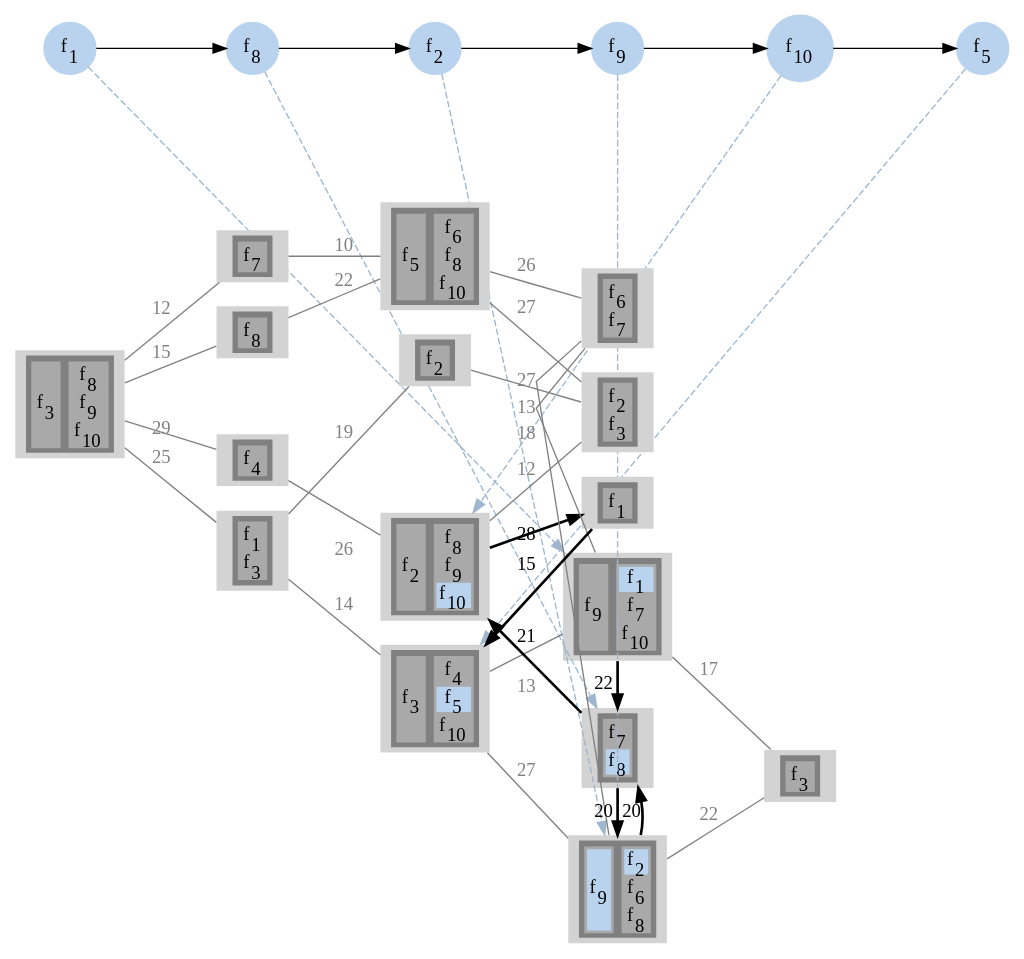
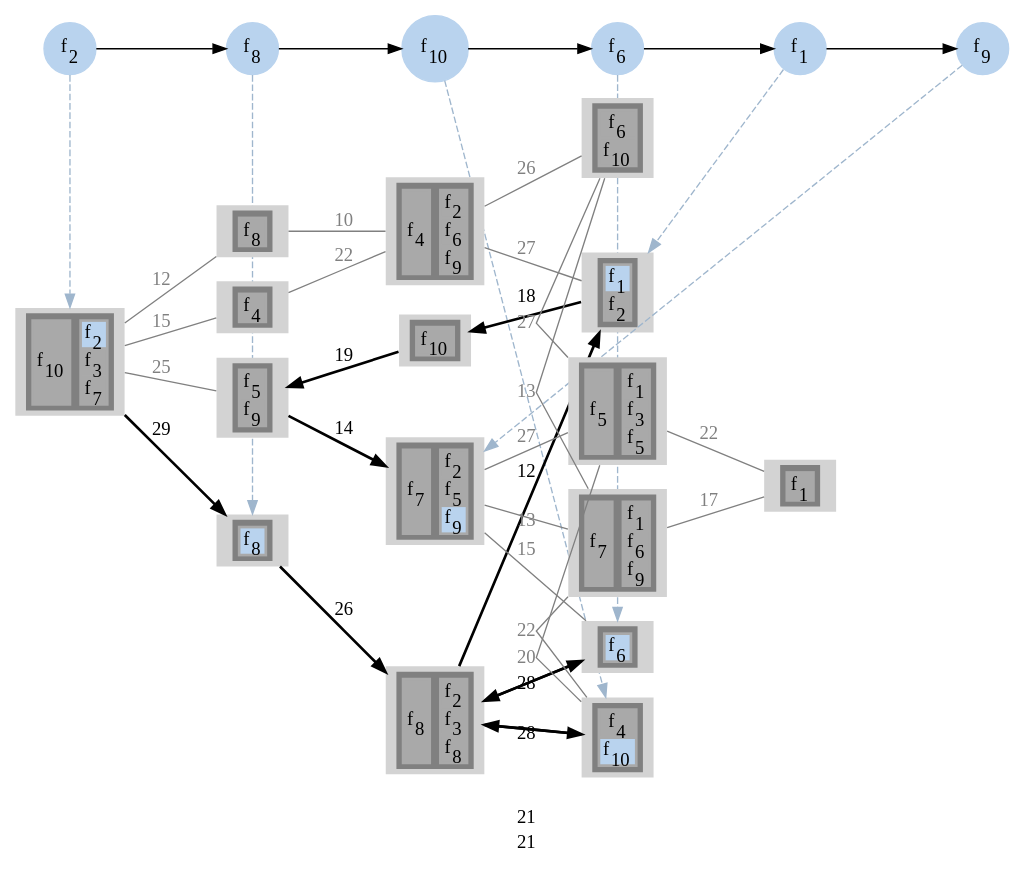
Before and after one commit to prateekshyap/SFC_Placement_in_VNF: the diagram in output/sevenReliabilityOne/gv/sfcAssgn19.gv, drawn with Graphviz. The commit also changed 27 other files, not shown here.

```diff
--- a/output/sevenReliabilityOne/gv/sfcAssgn19.gv
+++ b/output/sevenReliabilityOne/gv/sfcAssgn19.gv
@@ -5,23 +5,23 @@
 subgraph sfc
 {
 node [shape=circle]
+{rank = same; f2; };
+{rank = same; f8; };
+{rank = same; f10; };
+{rank = same; f6; };
 {rank = same; f1; };
-{rank = same; f8; };
-{rank = same; f2; };
 {rank = same; f9; };
-{rank = same; f10; };
-{rank = same; f5; };
+f2[style=filled label=<f<SUB>2</SUB>> color="slategray2"]
+f8[style=filled label=<f<SUB>8</SUB>> color="slategray2"]
+f10[style=filled label=<f<SUB>10</SUB>> color="slategray2"]
+f6[style=filled label=<f<SUB>6</SUB>> color="slategray2"]
 f1[style=filled label=<f<SUB>1</SUB>> color="slategray2"]
-f8[style=filled label=<f<SUB>8</SUB>> color="slategray2"]
-f2[style=filled label=<f<SUB>2</SUB>> color="slategray2"]
 f9[style=filled label=<f<SUB>9</SUB>> color="slategray2"]
-f10[style=filled label=<f<SUB>10</SUB>> color="slategray2"]
-f5[style=filled label=<f<SUB>5</SUB>> color="slategray2"]
-f1 -> f8
-f8 -> f2
-f2 -> f9
-f9 -> f10
-f10 -> f5
+f2 -> f8
+f8 -> f10
+f10 -> f6
+f6 -> f1
+f1 -> f9
 }
 subgraph network
 {
@@ -31,20 +31,44 @@
 {rank = same; 4; 6; 7; 9; };
 {rank = same; 5; 11; 10; 14; 12; 13; };
 {rank = same; 16; };
-12[style=filled
+1[style=filled
 label=<
 <TABLE BORDER="0" BGCOLOR="gray">
 <TR>
 <TD>
 <TABLE BORDER="0" BGCOLOR="darkgray">
-<TR><TD PORT="f33" BGCOLOR="darkgray">f<SUB>9</SUB></TD></TR>
+<TR><TD PORT="f35" BGCOLOR="darkgray">f<SUB>10</SUB></TD></TR>
 </TABLE>
 </TD>
 <TD>
 <TABLE BORDER="0" BGCOLOR="darkgray">
-<TR><TD PORT="f1" BGCOLOR="slategray2">f<SUB>1</SUB></TD></TR>
-<TR><TD PORT="f23" BGCOLOR="darkgray">f<SUB>7</SUB></TD></TR>
-<TR><TD PORT="f37" BGCOLOR="darkgray">f<SUB>10</SUB></TD></TR>
+<TR><TD PORT="f7" BGCOLOR="slategray2">f<SUB>2</SUB></TD></TR>
+<TR><TD PORT="f11" BGCOLOR="darkgray">f<SUB>3</SUB></TD></TR>
+<TR><TD PORT="f26" BGCOLOR="darkgray">f<SUB>7</SUB></TD></TR>
+</TABLE>
+</TD>
+</TR>
+</TABLE>>]
+
+3[style=filled
+label=<
+<TABLE BORDER="0" BGCOLOR="gray">
+<TR>
+<TD>
+<TABLE BORDER="0" BGCOLOR="darkgray">
+<TR><TD PORT="f29" BGCOLOR="slategray2">f<SUB>8</SUB></TD></TR>
+</TABLE>
+</TD>
+</TR>
+</TABLE>>]
+
+3[style=filled
+label=<
+<TABLE BORDER="0" BGCOLOR="gray">
+<TR>
+<TD>
+<TABLE BORDER="0" BGCOLOR="darkgray">
+<TR><TD PORT="f29" BGCOLOR="slategray2">f<SUB>8</SUB></TD></TR>
 </TABLE>
 </TD>
 </TR>
@@ -56,8 +80,8 @@
 <TR>
 <TD>
 <TABLE BORDER="0" BGCOLOR="darkgray">
-<TR><TD PORT="f20" BGCOLOR="darkgray">f<SUB>7</SUB></TD></TR>
-<TR><TD PORT="f27" BGCOLOR="slategray2">f<SUB>8</SUB></TD></TR>
+<TR><TD PORT="f13" BGCOLOR="darkgray">f<SUB>4</SUB></TD></TR>
+<TR><TD PORT="f36" BGCOLOR="slategray2">f<SUB>10</SUB></TD></TR>
 </TABLE>
 </TD>
 </TR>
@@ -69,8 +93,196 @@
 <TR>
 <TD>
 <TABLE BORDER="0" BGCOLOR="darkgray">
-<TR><TD PORT="f20" BGCOLOR="darkgray">f<SUB>7</SUB></TD></TR>
-<TR><TD PORT="f27" BGCOLOR="slategray2">f<SUB>8</SUB></TD></TR>
+<TR><TD PORT="f13" BGCOLOR="darkgray">f<SUB>4</SUB></TD></TR>
+<TR><TD PORT="f36" BGCOLOR="slategray2">f<SUB>10</SUB></TD></TR>
+</TABLE>
+</TD>
+</TR>
+</TABLE>>]
+
+10[style=filled
+label=<
+<TABLE BORDER="0" BGCOLOR="gray">
+<TR>
+<TD>
+<TABLE BORDER="0" BGCOLOR="darkgray">
+<TR><TD PORT="f20" BGCOLOR="slategray2">f<SUB>6</SUB></TD></TR>
+</TABLE>
+</TD>
+</TR>
+</TABLE>>]
+
+10[style=filled
+label=<
+<TABLE BORDER="0" BGCOLOR="gray">
+<TR>
+<TD>
+<TABLE BORDER="0" BGCOLOR="darkgray">
+<TR><TD PORT="f20" BGCOLOR="slategray2">f<SUB>6</SUB></TD></TR>
+</TABLE>
+</TD>
+</TR>
+</TABLE>>]
+
+5[style=filled
+label=<
+<TABLE BORDER="0" BGCOLOR="gray">
+<TR>
+<TD>
+<TABLE BORDER="0" BGCOLOR="darkgray">
+<TR><TD PORT="f1" BGCOLOR="slategray2">f<SUB>1</SUB></TD></TR>
+<TR><TD PORT="f5" BGCOLOR="darkgray">f<SUB>2</SUB></TD></TR>
+</TABLE>
+</TD>
+</TR>
+</TABLE>>]
+
+5[style=filled
+label=<
+<TABLE BORDER="0" BGCOLOR="gray">
+<TR>
+<TD>
+<TABLE BORDER="0" BGCOLOR="darkgray">
+<TR><TD PORT="f1" BGCOLOR="slategray2">f<SUB>1</SUB></TD></TR>
+<TR><TD PORT="f5" BGCOLOR="darkgray">f<SUB>2</SUB></TD></TR>
+</TABLE>
+</TD>
+</TR>
+</TABLE>>]
+
+9[style=filled
+label=<
+<TABLE BORDER="0" BGCOLOR="gray">
+<TR>
+<TD>
+<TABLE BORDER="0" BGCOLOR="darkgray">
+<TR><TD PORT="f24" BGCOLOR="darkgray">f<SUB>7</SUB></TD></TR>
+</TABLE>
+</TD>
+<TD>
+<TABLE BORDER="0" BGCOLOR="darkgray">
+<TR><TD PORT="f6" BGCOLOR="darkgray">f<SUB>2</SUB></TD></TR>
+<TR><TD PORT="f16" BGCOLOR="darkgray">f<SUB>5</SUB></TD></TR>
+<TR><TD PORT="f32" BGCOLOR="slategray2">f<SUB>9</SUB></TD></TR>
+</TABLE>
+</TD>
+</TR>
+</TABLE>>]
+
+2[style=filled
+label=<
+<TABLE BORDER="0" BGCOLOR="gray">
+<TR>
+<TD>
+<TABLE BORDER="0" BGCOLOR="darkgray">
+<TR><TD PORT="f28" BGCOLOR="darkgray">f<SUB>8</SUB></TD></TR>
+</TABLE>
+</TD>
+</TR>
+</TABLE>>]
+
+8[style=filled
+label=<
+<TABLE BORDER="0" BGCOLOR="gray">
+<TR>
+<TD>
+<TABLE BORDER="0" BGCOLOR="darkgray">
+<TR><TD PORT="f17" BGCOLOR="darkgray">f<SUB>5</SUB></TD></TR>
+<TR><TD PORT="f34" BGCOLOR="darkgray">f<SUB>9</SUB></TD></TR>
+</TABLE>
+</TD>
+</TR>
+</TABLE>>]
+
+15[style=filled
+label=<
+<TABLE BORDER="0" BGCOLOR="gray">
+<TR>
+<TD>
+<TABLE BORDER="0" BGCOLOR="darkgray">
+<TR><TD PORT="f14" BGCOLOR="darkgray">f<SUB>4</SUB></TD></TR>
+</TABLE>
+</TD>
+</TR>
+</TABLE>>]
+
+4[style=filled
+label=<
+<TABLE BORDER="0" BGCOLOR="gray">
+<TR>
+<TD>
+<TABLE BORDER="0" BGCOLOR="darkgray">
+<TR><TD PORT="f15" BGCOLOR="darkgray">f<SUB>4</SUB></TD></TR>
+</TABLE>
+</TD>
+<TD>
+<TABLE BORDER="0" BGCOLOR="darkgray">
+<TR><TD PORT="f8" BGCOLOR="darkgray">f<SUB>2</SUB></TD></TR>
+<TR><TD PORT="f21" BGCOLOR="darkgray">f<SUB>6</SUB></TD></TR>
+<TR><TD PORT="f31" BGCOLOR="darkgray">f<SUB>9</SUB></TD></TR>
+</TABLE>
+</TD>
+</TR>
+</TABLE>>]
+
+6[style=filled
+label=<
+<TABLE BORDER="0" BGCOLOR="gray">
+<TR>
+<TD>
+<TABLE BORDER="0" BGCOLOR="darkgray">
+<TR><TD PORT="f27" BGCOLOR="darkgray">f<SUB>8</SUB></TD></TR>
+</TABLE>
+</TD>
+<TD>
+<TABLE BORDER="0" BGCOLOR="darkgray">
+<TR><TD PORT="f9" BGCOLOR="darkgray">f<SUB>2</SUB></TD></TR>
+<TR><TD PORT="f10" BGCOLOR="darkgray">f<SUB>3</SUB></TD></TR>
+<TR><TD PORT="f30" BGCOLOR="darkgray">f<SUB>8</SUB></TD></TR>
+</TABLE>
+</TD>
+</TR>
+</TABLE>>]
+
+11[style=filled
+label=<
+<TABLE BORDER="0" BGCOLOR="gray">
+<TR>
+<TD>
+<TABLE BORDER="0" BGCOLOR="darkgray">
+<TR><TD PORT="f23" BGCOLOR="darkgray">f<SUB>6</SUB></TD></TR>
+<TR><TD PORT="f38" BGCOLOR="darkgray">f<SUB>10</SUB></TD></TR>
+</TABLE>
+</TD>
+</TR>
+</TABLE>>]
+
+7[style=filled
+label=<
+<TABLE BORDER="0" BGCOLOR="gray">
+<TR>
+<TD>
+<TABLE BORDER="0" BGCOLOR="darkgray">
+<TR><TD PORT="f37" BGCOLOR="darkgray">f<SUB>10</SUB></TD></TR>
+</TABLE>
+</TD>
+</TR>
+</TABLE>>]
+
+12[style=filled
+label=<
+<TABLE BORDER="0" BGCOLOR="gray">
+<TR>
+<TD>
+<TABLE BORDER="0" BGCOLOR="darkgray">
+<TR><TD PORT="f25" BGCOLOR="darkgray">f<SUB>7</SUB></TD></TR>
+</TABLE>
+</TD>
+<TD>
+<TABLE BORDER="0" BGCOLOR="darkgray">
+<TR><TD PORT="f2" BGCOLOR="darkgray">f<SUB>1</SUB></TD></TR>
+<TR><TD PORT="f22" BGCOLOR="darkgray">f<SUB>6</SUB></TD></TR>
+<TR><TD PORT="f33" BGCOLOR="darkgray">f<SUB>9</SUB></TD></TR>
 </TABLE>
 </TD>
 </TR>
@@ -82,246 +294,14 @@
 <TR>
 <TD>
 <TABLE BORDER="0" BGCOLOR="darkgray">
-<TR><TD PORT="f31" BGCOLOR="slategray2">f<SUB>9</SUB></TD></TR>
+<TR><TD PORT="f18" BGCOLOR="darkgray">f<SUB>5</SUB></TD></TR>
 </TABLE>
 </TD>
 <TD>
 <TABLE BORDER="0" BGCOLOR="darkgray">
-<TR><TD PORT="f5" BGCOLOR="slategray2">f<SUB>2</SUB></TD></TR>
-<TR><TD PORT="f17" BGCOLOR="darkgray">f<SUB>6</SUB></TD></TR>
-<TR><TD PORT="f25" BGCOLOR="darkgray">f<SUB>8</SUB></TD></TR>
-</TABLE>
-</TD>
-</TR>
-</TABLE>>]
-
-13[style=filled
-label=<
-<TABLE BORDER="0" BGCOLOR="gray">
-<TR>
-<TD>
-<TABLE BORDER="0" BGCOLOR="darkgray">
-<TR><TD PORT="f31" BGCOLOR="slategray2">f<SUB>9</SUB></TD></TR>
-</TABLE>
-</TD>
-<TD>
-<TABLE BORDER="0" BGCOLOR="darkgray">
-<TR><TD PORT="f5" BGCOLOR="slategray2">f<SUB>2</SUB></TD></TR>
-<TR><TD PORT="f17" BGCOLOR="darkgray">f<SUB>6</SUB></TD></TR>
-<TR><TD PORT="f25" BGCOLOR="darkgray">f<SUB>8</SUB></TD></TR>
-</TABLE>
-</TD>
-</TR>
-</TABLE>>]
-
-13[style=filled
-label=<
-<TABLE BORDER="0" BGCOLOR="gray">
-<TR>
-<TD>
-<TABLE BORDER="0" BGCOLOR="darkgray">
-<TR><TD PORT="f31" BGCOLOR="slategray2">f<SUB>9</SUB></TD></TR>
-</TABLE>
-</TD>
-<TD>
-<TABLE BORDER="0" BGCOLOR="darkgray">
-<TR><TD PORT="f5" BGCOLOR="slategray2">f<SUB>2</SUB></TD></TR>
-<TR><TD PORT="f17" BGCOLOR="darkgray">f<SUB>6</SUB></TD></TR>
-<TR><TD PORT="f25" BGCOLOR="darkgray">f<SUB>8</SUB></TD></TR>
-</TABLE>
-</TD>
-</TR>
-</TABLE>>]
-
-6[style=filled
-label=<
-<TABLE BORDER="0" BGCOLOR="gray">
-<TR>
-<TD>
-<TABLE BORDER="0" BGCOLOR="darkgray">
-<TR><TD PORT="f6" BGCOLOR="darkgray">f<SUB>2</SUB></TD></TR>
-</TABLE>
-</TD>
-<TD>
-<TABLE BORDER="0" BGCOLOR="darkgray">
-<TR><TD PORT="f24" BGCOLOR="darkgray">f<SUB>8</SUB></TD></TR>
-<TR><TD PORT="f30" BGCOLOR="darkgray">f<SUB>9</SUB></TD></TR>
-<TR><TD PORT="f34" BGCOLOR="slategray2">f<SUB>10</SUB></TD></TR>
-</TABLE>
-</TD>
-</TR>
-</TABLE>>]
-
-6[style=filled
-label=<
-<TABLE BORDER="0" BGCOLOR="gray">
-<TR>
-<TD>
-<TABLE BORDER="0" BGCOLOR="darkgray">
-<TR><TD PORT="f6" BGCOLOR="darkgray">f<SUB>2</SUB></TD></TR>
-</TABLE>
-</TD>
-<TD>
-<TABLE BORDER="0" BGCOLOR="darkgray">
-<TR><TD PORT="f24" BGCOLOR="darkgray">f<SUB>8</SUB></TD></TR>
-<TR><TD PORT="f30" BGCOLOR="darkgray">f<SUB>9</SUB></TD></TR>
-<TR><TD PORT="f34" BGCOLOR="slategray2">f<SUB>10</SUB></TD></TR>
-</TABLE>
-</TD>
-</TR>
-</TABLE>>]
-
-9[style=filled
-label=<
-<TABLE BORDER="0" BGCOLOR="gray">
-<TR>
-<TD>
-<TABLE BORDER="0" BGCOLOR="darkgray">
-<TR><TD PORT="f9" BGCOLOR="darkgray">f<SUB>3</SUB></TD></TR>
-</TABLE>
-</TD>
-<TD>
-<TABLE BORDER="0" BGCOLOR="darkgray">
-<TR><TD PORT="f13" BGCOLOR="darkgray">f<SUB>4</SUB></TD></TR>
-<TR><TD PORT="f15" BGCOLOR="slategray2">f<SUB>5</SUB></TD></TR>
-<TR><TD PORT="f35" BGCOLOR="darkgray">f<SUB>10</SUB></TD></TR>
-</TABLE>
-</TD>
-</TR>
-</TABLE>>]
-
-1[style=filled
-label=<
-<TABLE BORDER="0" BGCOLOR="gray">
-<TR>
-<TD>
-<TABLE BORDER="0" BGCOLOR="darkgray">
-<TR><TD PORT="f10" BGCOLOR="darkgray">f<SUB>3</SUB></TD></TR>
-</TABLE>
-</TD>
-<TD>
-<TABLE BORDER="0" BGCOLOR="darkgray">
-<TR><TD PORT="f28" BGCOLOR="darkgray">f<SUB>8</SUB></TD></TR>
-<TR><TD PORT="f32" BGCOLOR="darkgray">f<SUB>9</SUB></TD></TR>
-<TR><TD PORT="f36" BGCOLOR="darkgray">f<SUB>10</SUB></TD></TR>
-</TABLE>
-</TD>
-</TR>
-</TABLE>>]
-
-2[style=filled
-label=<
-<TABLE BORDER="0" BGCOLOR="gray">
-<TR>
-<TD>
-<TABLE BORDER="0" BGCOLOR="darkgray">
-<TR><TD PORT="f21" BGCOLOR="darkgray">f<SUB>7</SUB></TD></TR>
-</TABLE>
-</TD>
-</TR>
-</TABLE>>]
-
-3[style=filled
-label=<
-<TABLE BORDER="0" BGCOLOR="gray">
-<TR>
-<TD>
-<TABLE BORDER="0" BGCOLOR="darkgray">
-<TR><TD PORT="f14" BGCOLOR="darkgray">f<SUB>4</SUB></TD></TR>
-</TABLE>
-</TD>
-</TR>
-</TABLE>>]
-
-8[style=filled
-label=<
-<TABLE BORDER="0" BGCOLOR="gray">
-<TR>
-<TD>
-<TABLE BORDER="0" BGCOLOR="darkgray">
 <TR><TD PORT="f3" BGCOLOR="darkgray">f<SUB>1</SUB></TD></TR>
-<TR><TD PORT="f11" BGCOLOR="darkgray">f<SUB>3</SUB></TD></TR>
-</TABLE>
-</TD>
-</TR>
-</TABLE>>]
-
-15[style=filled
-label=<
-<TABLE BORDER="0" BGCOLOR="gray">
-<TR>
-<TD>
-<TABLE BORDER="0" BGCOLOR="darkgray">
-<TR><TD PORT="f29" BGCOLOR="darkgray">f<SUB>8</SUB></TD></TR>
-</TABLE>
-</TD>
-</TR>
-</TABLE>>]
-
-4[style=filled
-label=<
-<TABLE BORDER="0" BGCOLOR="gray">
-<TR>
-<TD>
-<TABLE BORDER="0" BGCOLOR="darkgray">
-<TR><TD PORT="f16" BGCOLOR="darkgray">f<SUB>5</SUB></TD></TR>
-</TABLE>
-</TD>
-<TD>
-<TABLE BORDER="0" BGCOLOR="darkgray">
-<TR><TD PORT="f19" BGCOLOR="darkgray">f<SUB>6</SUB></TD></TR>
-<TR><TD PORT="f26" BGCOLOR="darkgray">f<SUB>8</SUB></TD></TR>
-<TR><TD PORT="f38" BGCOLOR="darkgray">f<SUB>10</SUB></TD></TR>
-</TABLE>
-</TD>
-</TR>
-</TABLE>>]
-
-5[style=filled
-label=<
-<TABLE BORDER="0" BGCOLOR="gray">
-<TR>
-<TD>
-<TABLE BORDER="0" BGCOLOR="darkgray">
-<TR><TD PORT="f4" BGCOLOR="darkgray">f<SUB>2</SUB></TD></TR>
-<TR><TD PORT="f8" BGCOLOR="darkgray">f<SUB>3</SUB></TD></TR>
-</TABLE>
-</TD>
-</TR>
-</TABLE>>]
-
-11[style=filled
-label=<
-<TABLE BORDER="0" BGCOLOR="gray">
-<TR>
-<TD>
-<TABLE BORDER="0" BGCOLOR="darkgray">
-<TR><TD PORT="f18" BGCOLOR="darkgray">f<SUB>6</SUB></TD></TR>
-<TR><TD PORT="f22" BGCOLOR="darkgray">f<SUB>7</SUB></TD></TR>
-</TABLE>
-</TD>
-</TR>
-</TABLE>>]
-
-7[style=filled
-label=<
-<TABLE BORDER="0" BGCOLOR="gray">
-<TR>
-<TD>
-<TABLE BORDER="0" BGCOLOR="darkgray">
-<TR><TD PORT="f7" BGCOLOR="darkgray">f<SUB>2</SUB></TD></TR>
-</TABLE>
-</TD>
-</TR>
-</TABLE>>]
-
-10[style=filled
-label=<
-<TABLE BORDER="0" BGCOLOR="gray">
-<TR>
-<TD>
-<TABLE BORDER="0" BGCOLOR="darkgray">
-<TR><TD PORT="f2" BGCOLOR="darkgray">f<SUB>1</SUB></TD></TR>
+<TR><TD PORT="f12" BGCOLOR="darkgray">f<SUB>3</SUB></TD></TR>
+<TR><TD PORT="f19" BGCOLOR="darkgray">f<SUB>5</SUB></TD></TR>
 </TABLE>
 </TD>
 </TR>
@@ -333,43 +313,44 @@
 <TR>
 <TD>
 <TABLE BORDER="0" BGCOLOR="darkgray">
-<TR><TD PORT="f12" BGCOLOR="darkgray">f<SUB>3</SUB></TD></TR>
+<TR><TD PORT="f4" BGCOLOR="darkgray">f<SUB>1</SUB></TD></TR>
 </TABLE>
 </TD>
 </TR>
 </TABLE>>]
 
-12 -> 14[label="22" color="black" penwidth=2]
-14 -> 13[label="20" color="black" penwidth=2]
-13 -> 14[label="20" color="black" penwidth=2]
+1 -> 3[label="29" color="black" penwidth=2]
+3 -> 6[label="26" color="black" penwidth=2]
+6 -> 14[label="21" color="black" penwidth=2]
 14 -> 6[label="21" color="black" penwidth=2]
 6 -> 10[label="28" color="black" penwidth=2]
-10 -> 9[label="15" color="black" penwidth=2]
+10 -> 6[label="28" color="black" penwidth=2]
+6 -> 5[label="12" color="black" penwidth=2]
+5 -> 7[label="18" color="black" penwidth=2]
+7 -> 8[label="19" color="black" penwidth=2]
+8 -> 9[label="14" color="black" penwidth=2]
 1 -> 2[label="12" color="gray" fontcolor="gray" dir = none]
-1 -> 3[label="29" color="gray" fontcolor="gray" dir = none]
 1 -> 8[label="25" color="gray" fontcolor="gray" dir = none]
 1 -> 15[label="15" color="gray" fontcolor="gray" dir = none]
 2 -> 4[label="10" color="gray" fontcolor="gray" dir = none]
-3 -> 6[label="26" color="gray" fontcolor="gray" dir = none]
 4 -> 5[label="27" color="gray" fontcolor="gray" dir = none]
 4 -> 11[label="26" color="gray" fontcolor="gray" dir = none]
 4 -> 15[label="22" color="gray" fontcolor="gray" dir = none]
-5 -> 6[label="12" color="gray" fontcolor="gray" dir = none]
-5 -> 7[label="18" color="gray" fontcolor="gray" dir = none]
-7 -> 8[label="19" color="gray" fontcolor="gray" dir = none]
-8 -> 9[label="14" color="gray" fontcolor="gray" dir = none]
+9 -> 10[label="15" color="gray" fontcolor="gray" dir = none]
 9 -> 12[label="13" color="gray" fontcolor="gray" dir = none]
 9 -> 13[label="27" color="gray" fontcolor="gray" dir = none]
 11 -> 12[label="13" color="gray" fontcolor="gray" dir = none]
 11 -> 13[label="27" color="gray" fontcolor="gray" dir = none]
+12 -> 14[label="22" color="gray" fontcolor="gray" dir = none]
 12 -> 16[label="17" color="gray" fontcolor="gray" dir = none]
+13 -> 14[label="20" color="gray" fontcolor="gray" dir = none]
 13 -> 16[label="22" color="gray" fontcolor="gray" dir = none]
 }
 splines=false
-f1 -> 12[color="slategray3" style=dashed constraint=false]
-f8 -> 14[color="slategray3" style=dashed constraint=false]
-f2 -> 13[color="slategray3" style=dashed constraint=false]
-f9 -> 13[color="slategray3" style=dashed constraint=false]
-f10 -> 6[color="slategray3" style=dashed constraint=false]
-f5 -> 9[color="slategray3" style=dashed constraint=false]
+f2 -> 1[color="slategray3" style=dashed constraint=false]
+f8 -> 3[color="slategray3" style=dashed constraint=false]
+f10 -> 14[color="slategray3" style=dashed constraint=false]
+f6 -> 10[color="slategray3" style=dashed constraint=false]
+f1 -> 5[color="slategray3" style=dashed constraint=false]
+f9 -> 9[color="slategray3" style=dashed constraint=false]
 }
```
